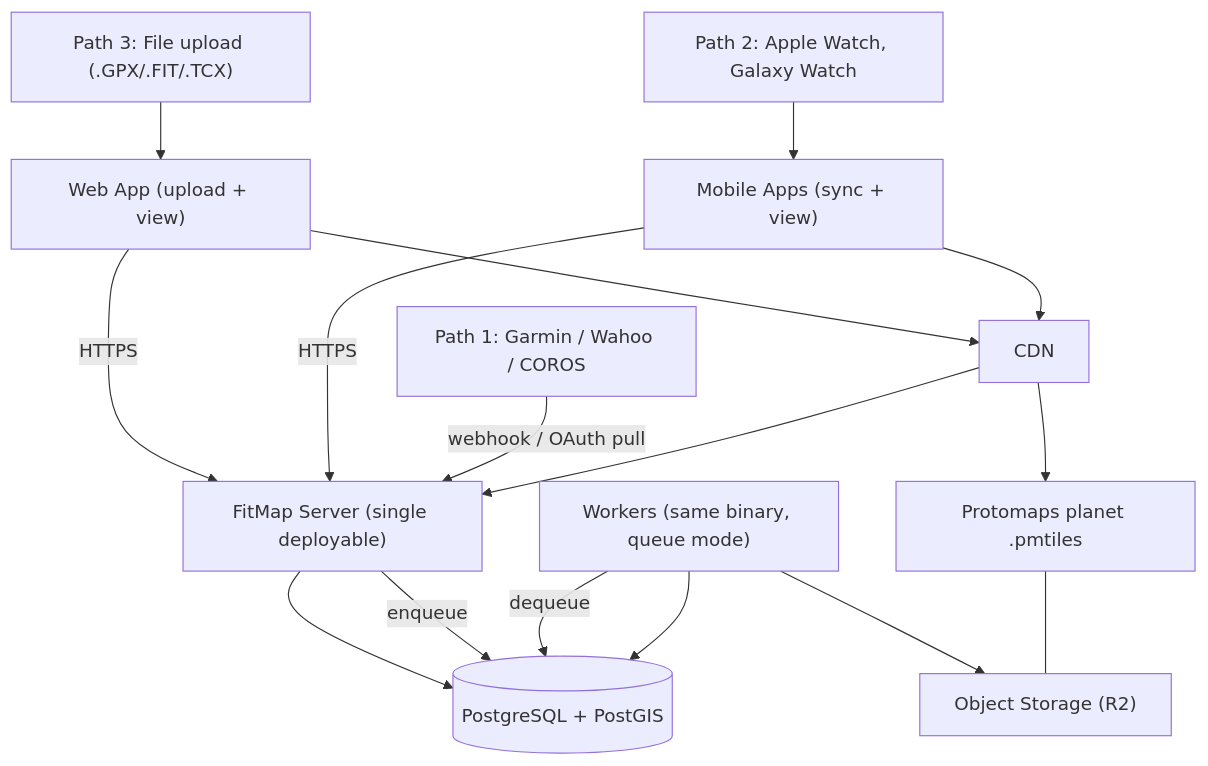
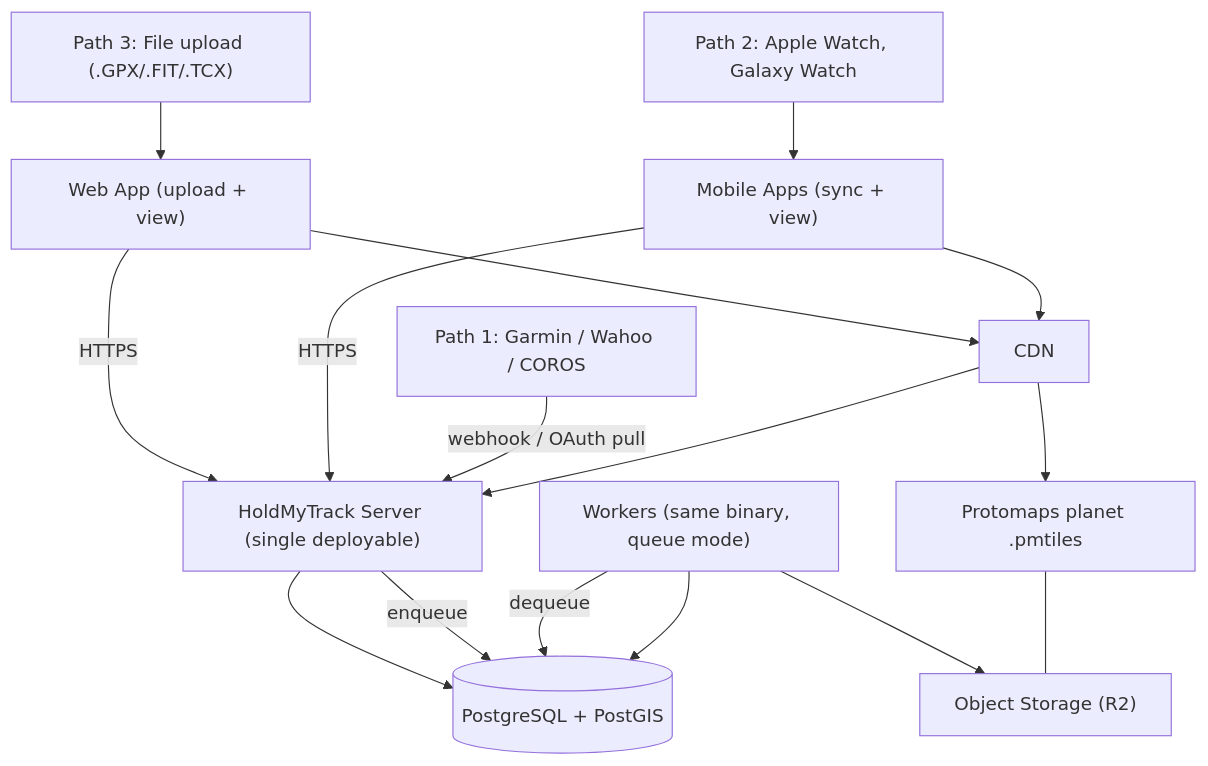
The diagram in docs/ARCHITECTURE.md (HoldMyTrack/holdmytrack), drawn with Mermaid before and after one commit. The commit also changed other lines of this file and 49 other files, not shown here.

First line of the commit message:
Rebrand FitMap to HoldMyTrack

````diff
--- a/docs/ARCHITECTURE.md
+++ b/docs/ARCHITECTURE.md
@@ -32,31 +32,31 @@
 ```mermaid
 graph TD
     Files["Path 3: File upload (.GPX/.FIT/.TCX)"]
     Cloud["Path 1: Garmin / Wahoo / COROS"]
     Device["Path 2: Apple Watch, Galaxy Watch"]
 
     Web["Web App (upload + view)"]
     Mobile["Mobile Apps (sync + view)"]
-    Api["FitMap Server (single deployable)"]
+    Api["HoldMyTrack Server (single deployable)"]
     Worker["Workers (same binary, queue mode)"]
     CDN["CDN"]
     Basemap["Protomaps planet .pmtiles"]
     Store["Object Storage (R2)"]
     PG[("PostgreSQL + PostGIS")]
 
     Files --> Web
     Device --> Mobile
     Web -->|HTTPS| Api
     Mobile -->|HTTPS| Api
     Cloud -->|webhook / OAuth pull| Api
     Web --> CDN
     Mobile --> CDN
     CDN --> Api
     CDN --> Basemap
     Api --> PG
     Api -->|enqueue| PG
     Worker -->|dequeue| PG
     Worker --> Store
     Worker --> PG
     Basemap --- Store
 ```
````
